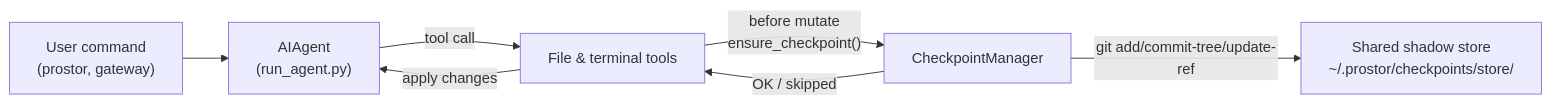
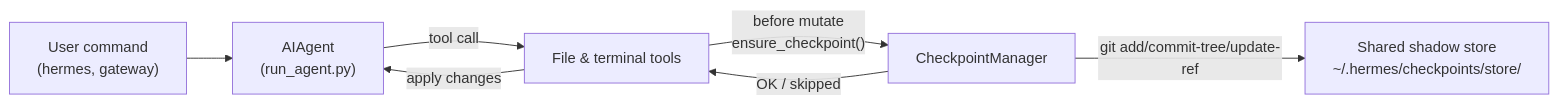
Before and after one commit to maksim9510/Prostor: the diagram in website/docs/user-guide/checkpoints-and-rollback.md, drawn with Mermaid. The commit also changed other lines of this file and 3041 other files, not shown here.

````diff
--- a/website/docs/user-guide/checkpoints-and-rollback.md
+++ b/website/docs/user-guide/checkpoints-and-rollback.md
@@ -69,15 +69,15 @@
 ```mermaid
 flowchart LR
-  user["User command\n(prostor, gateway)"]
+  user["User command\n(hermes, gateway)"]
   agent["AIAgent\n(run_agent.py)"]
   tools["File & terminal tools"]
   cpMgr["CheckpointManager"]
-  store["Shared shadow store\n~/.prostor/checkpoints/store/"]
+  store["Shared shadow store\n~/.hermes/checkpoints/store/"]
 
   user --> agent
   agent -->|"tool call"| tools
   tools -->|"before mutate\nensure_checkpoint()"| cpMgr
   cpMgr -->|"git add/commit-tree/update-ref"| store
   cpMgr -->|"OK / skipped"| tools
   tools -->|"apply changes"| agent
 ```
````
